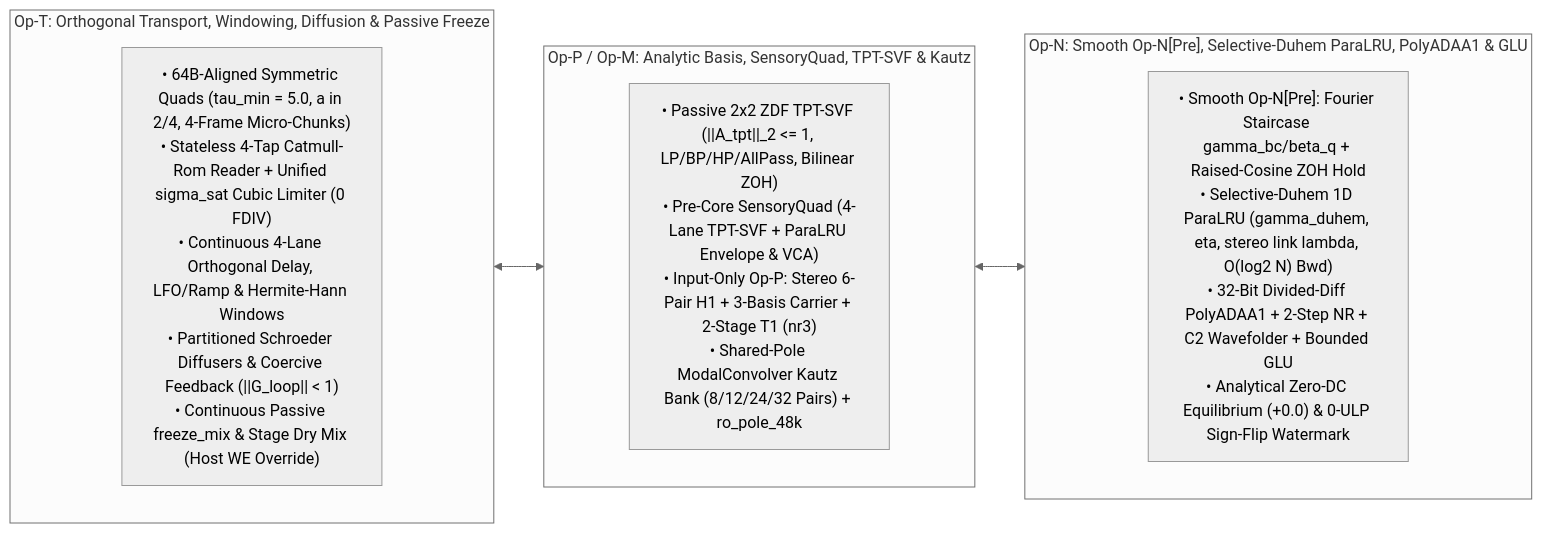
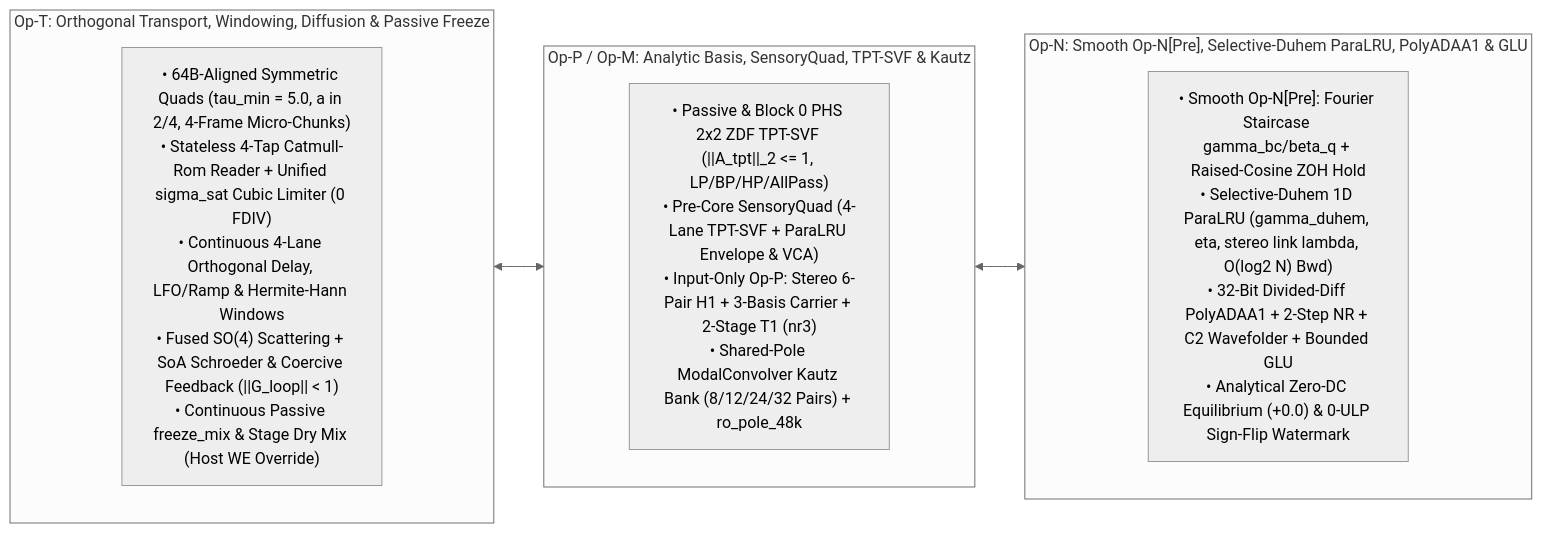
One commit to mokugen/dnam changed the third of 7 diagrams in docs/specs/architecture/sona_architecture.md. Above: the diagram before and after it, drawn with Mermaid (neutral theme). The commit also changed other lines of this file and 11 other files, not shown here.

Commit message:
docs(sona): M15 specs & ADR-0022 for Block 0 PHS, Op-T SO(4)+SoA & fp16 QAT

````diff
--- a/docs/specs/architecture/sona_architecture.md
+++ b/docs/specs/architecture/sona_architecture.md
@@ -250,20 +250,20 @@
 ```mermaid
 flowchart LR
     subgraph OpT ["Op-T: Orthogonal Transport, Windowing, Diffusion & Passive Freeze"]
         direction TB
-        T1["• 64B-Aligned Symmetric Quads (tau_min = 5.0, a in 2/4, 4-Frame Micro-Chunks)<br/>• Stateless 4-Tap Catmull-Rom Reader + Unified sigma_sat Cubic Limiter (0 FDIV)<br/>• Continuous 4-Lane Orthogonal Delay, LFO/Ramp & Hermite-Hann Windows<br/>• Partitioned Schroeder Diffusers & Coercive Feedback (||G_loop|| < 1)<br/>• Continuous Passive freeze_mix & Stage Dry Mix (Host WE Override)"]
+        T1["• 64B-Aligned Symmetric Quads (tau_min = 5.0, a in 2/4, 4-Frame Micro-Chunks)<br/>• Stateless 4-Tap Catmull-Rom Reader + Unified sigma_sat Cubic Limiter (0 FDIV)<br/>• Continuous 4-Lane Orthogonal Delay, LFO/Ramp & Hermite-Hann Windows<br/>• Fused SO(4) Scattering + SoA Schroeder & Coercive Feedback (||G_loop|| < 1)<br/>• Continuous Passive freeze_mix & Stage Dry Mix (Host WE Override)"]
     end
 
     subgraph OpM ["Op-P / Op-M: Analytic Basis, SensoryQuad, TPT-SVF & Kautz"]
         direction TB
-        M1["• Passive 2x2 ZDF TPT-SVF (||A_tpt||_2 <= 1, LP/BP/HP/AllPass, Bilinear ZOH)<br/>• Pre-Core SensoryQuad (4-Lane TPT-SVF + ParaLRU Envelope & VCA)<br/>• Input-Only Op-P: Stereo 6-Pair H1 + 3-Basis Carrier + 2-Stage T1 (nr3)<br/>• Shared-Pole ModalConvolver Kautz Bank (8/12/24/32 Pairs) + ro_pole_48k"]
+        M1["• Passive & Block 0 PHS 2x2 ZDF TPT-SVF (||A_tpt||_2 <= 1, LP/BP/HP/AllPass)<br/>• Pre-Core SensoryQuad (4-Lane TPT-SVF + ParaLRU Envelope & VCA)<br/>• Input-Only Op-P: Stereo 6-Pair H1 + 3-Basis Carrier + 2-Stage T1 (nr3)<br/>• Shared-Pole ModalConvolver Kautz Bank (8/12/24/32 Pairs) + ro_pole_48k"]
     end
 
     subgraph OpN ["Op-N: Smooth Op-N[Pre], Selective-Duhem ParaLRU, PolyADAA1 & GLU"]
         direction TB
         N1["• Smooth Op-N[Pre]: Fourier Staircase gamma_bc/beta_q + Raised-Cosine ZOH Hold<br/>• Selective-Duhem 1D ParaLRU (gamma_duhem, eta, stereo link lambda, O(log2 N) Bwd)<br/>• 32-Bit Divided-Diff PolyADAA1 + 2-Step NR + C2 Wavefolder + Bounded GLU<br/>• Analytical Zero-DC Equilibrium (+0.0) & 0-ULP Sign-Flip Watermark"]
     end
 
     T1 <--> M1
     M1 <--> N1
 ```
````
